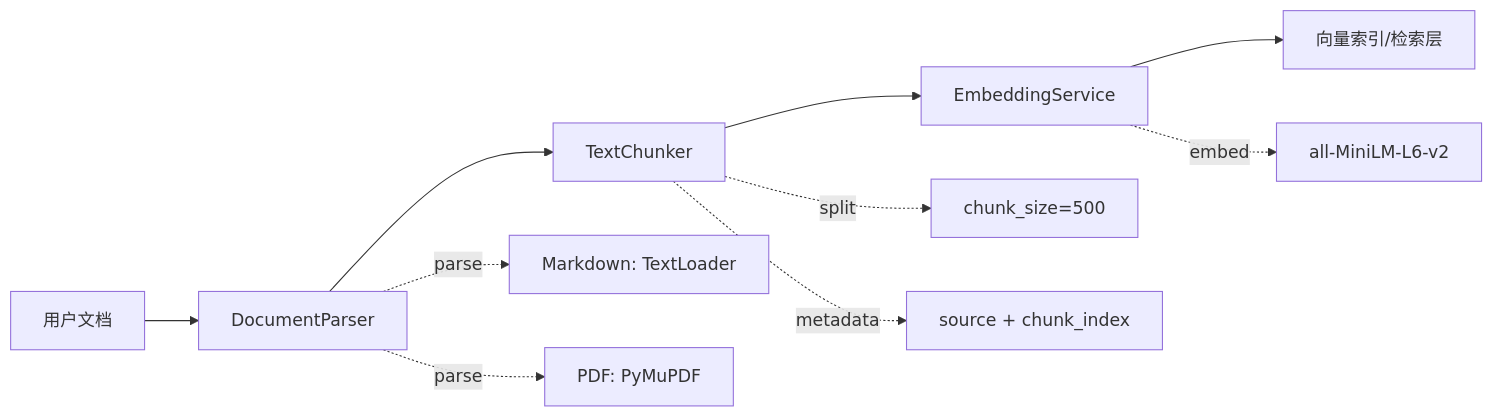
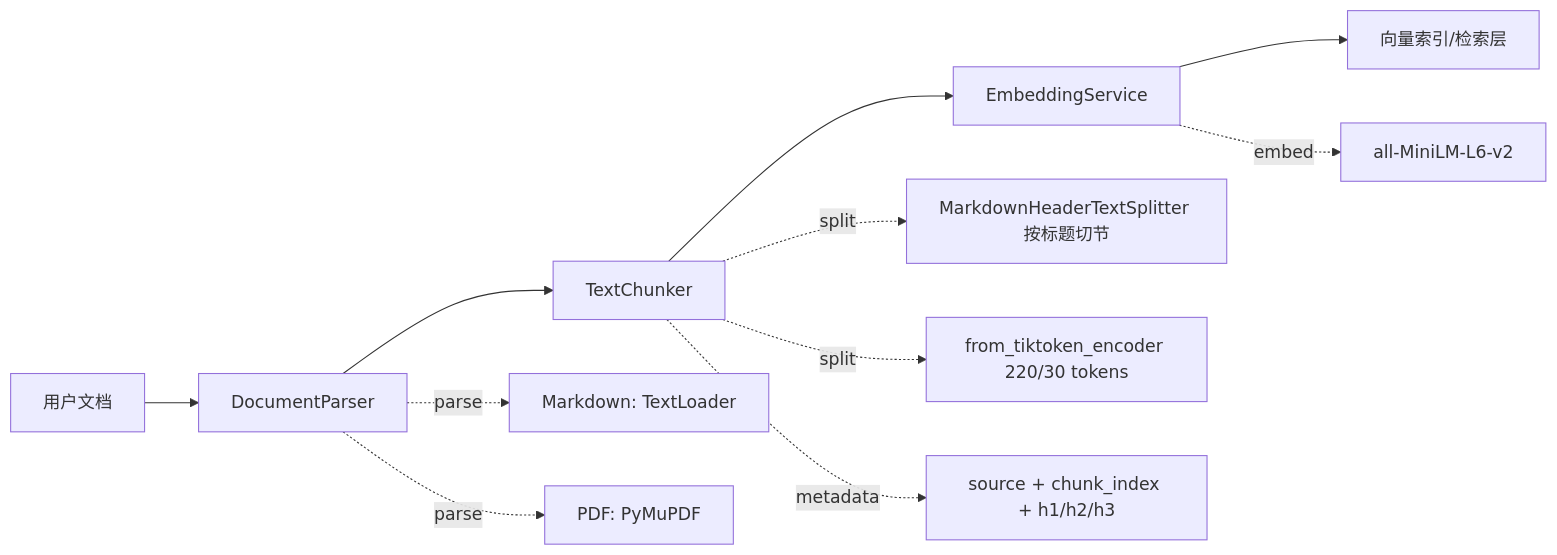
One commit to yyc2417/RAGForge changed the diagram in docs/modules/ingestion.md. Above: the diagram before and after it, drawn with Mermaid. The commit also changed other lines of this file and 15 other files, not shown here.

````diff
--- a/docs/modules/ingestion.md
+++ b/docs/modules/ingestion.md
@@ -68,15 +73,16 @@
 ```mermaid
 graph LR
     A[用户文档] --> B[DocumentParser]
     B --> C[TextChunker]
     C --> D[EmbeddingService]
     D --> E[向量索引/检索层]
-    
+
     B -.parse.-> B1[Markdown: TextLoader]
     B -.parse.-> B2[PDF: PyMuPDF]
-    
-    C -.split.-> C1[chunk_size=500]
-    C -.metadata.-> C2[source + chunk_index]
-    
+
+    C -.split.-> C1[MarkdownHeaderTextSplitter 按标题切节]
+    C -.split.-> C2[from_tiktoken_encoder 220/30 tokens]
+    C -.metadata.-> C3[source + chunk_index + h1/h2/h3]
+
     D -.embed.-> D1[all-MiniLM-L6-v2]
 ```
````
